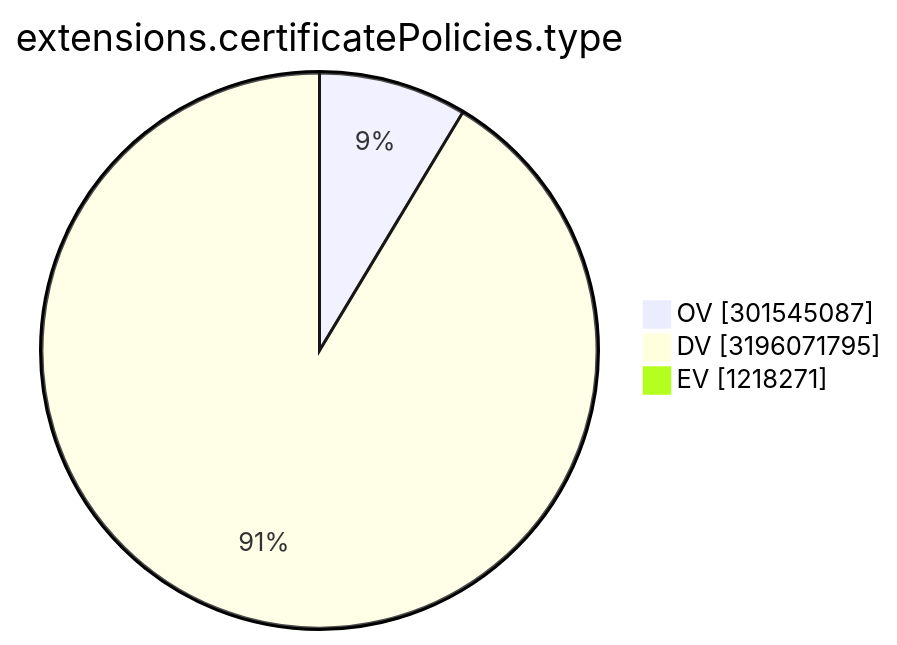
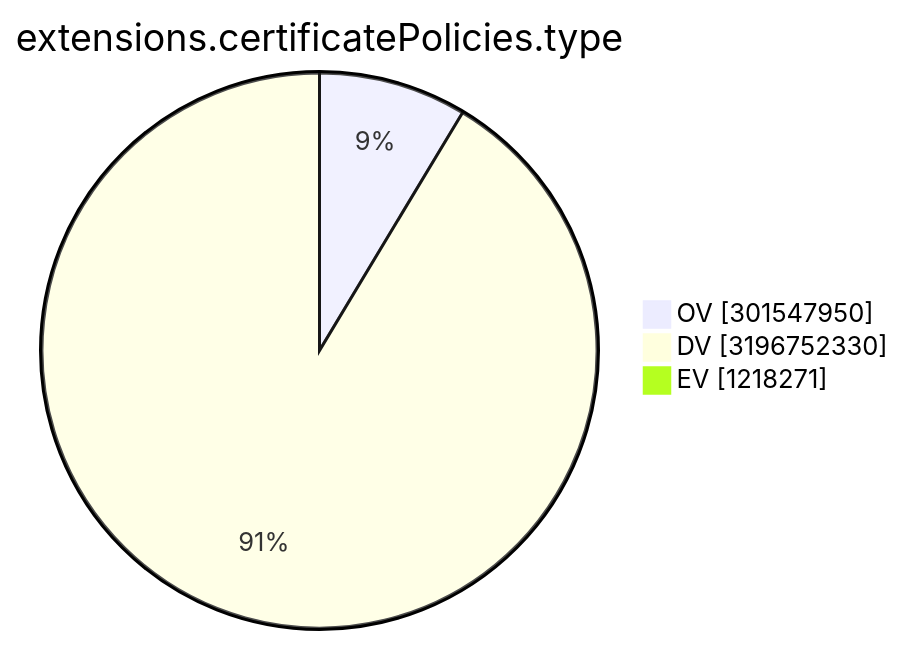
Before and after one commit to christiankrug/ctmonitor_visualization: the ninth of 15 diagrams in TOTAL/README.md, drawn with Mermaid. The commit also changed other lines of this file, not shown here.

````diff
--- a/TOTAL/README.md
+++ b/TOTAL/README.md
@@ -3106,7 +3106,7 @@
 ```mermaid
 pie showData
 title extensions.certificatePolicies.type
-"OV" :301545087
-"DV" :3196071795
+"OV" :301547950
+"DV" :3196752330
 "EV" :1218271
 ```
````
